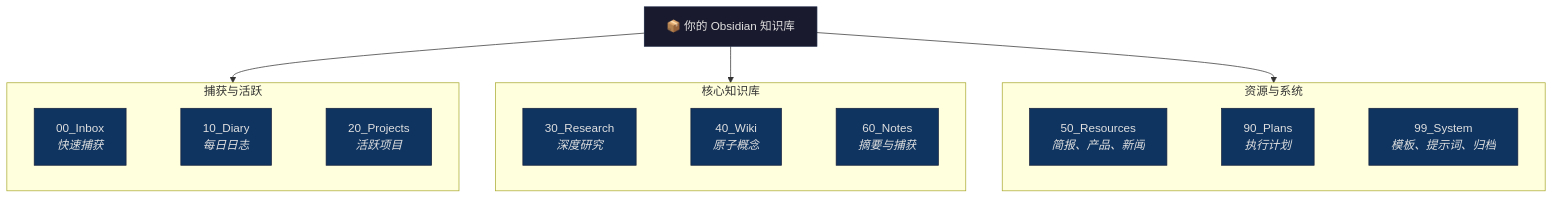
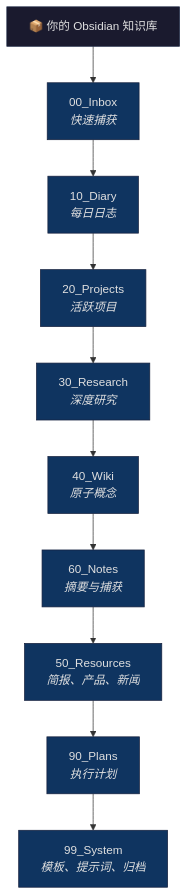
The second of 8 diagrams in README_CN.md (dull-bird/DeepOrbit), drawn with Mermaid before and after one commit. The commit also changed 1 other file, not shown here.

````diff
--- a/README_CN.md
+++ b/README_CN.md
@@ -80,40 +80,24 @@
 ```mermaid
 flowchart TD
     V["📦 你的 Obsidian 知识库"]
-    
-    V --> G1
-    V --> G2
-    V --> G3
-
-    subgraph G1 ["捕获与活跃"]
-        node_A["00_Inbox<br/><i>快速捕获</i>"]
-        node_B["10_Diary<br/><i>每日日志</i>"]
-        node_C["20_Projects<br/><i>活跃项目</i>"]
-        node_A ~~~ node_B ~~~ node_C
-    end
-    
-    subgraph G2 ["核心知识库"]
-        node_D["30_Research<br/><i>深度研究</i>"]
-        node_E["40_Wiki<br/><i>原子概念</i>"]
-        node_G["60_Notes<br/><i>摘要与捕获</i>"]
-        node_D ~~~ node_E ~~~ node_G
-    end
-    
-    subgraph G3 ["资源与系统"]
-        node_F["50_Resources<br/><i>简报、产品、新闻</i>"]
-        node_H["90_Plans<br/><i>执行计划</i>"]
-        node_I["99_System<br/><i>模板、提示词、归档</i>"]
-        node_F ~~~ node_H ~~~ node_I
-    end
+    V --> A["00_Inbox<br/><i>快速捕获</i>"]
+    A --> B["10_Diary<br/><i>每日日志</i>"]
+    B --> C["20_Projects<br/><i>活跃项目</i>"]
+    C --> D["30_Research<br/><i>深度研究</i>"]
+    D --> E["40_Wiki<br/><i>原子概念</i>"]
+    E --> G["60_Notes<br/><i>摘要与捕获</i>"]
+    G --> F["50_Resources<br/><i>简报、产品、新闻</i>"]
+    F --> H["90_Plans<br/><i>执行计划</i>"]
+    H --> I["99_System<br/><i>模板、提示词、归档</i>"]
 
     style V fill:#1a1a2e,stroke:#16213e,color:#e0e0e0
-    style node_A fill:#0f3460,stroke:#16213e,color:#e0e0e0
-    style node_B fill:#0f3460,stroke:#16213e,color:#e0e0e0
-    style node_C fill:#0f3460,stroke:#16213e,color:#e0e0e0
-    style node_D fill:#0f3460,stroke:#16213e,color:#e0e0e0
-    style node_E fill:#0f3460,stroke:#16213e,color:#e0e0e0
-    style node_F fill:#0f3460,stroke:#16213e,color:#e0e0e0
-    style node_G fill:#0f3460,stroke:#16213e,color:#e0e0e0
-    style node_H fill:#0f3460,stroke:#16213e,color:#e0e0e0
-    style node_I fill:#0f3460,stroke:#16213e,color:#e0e0e0
+    style A fill:#0f3460,stroke:#16213e,color:#e0e0e0
+    style B fill:#0f3460,stroke:#16213e,color:#e0e0e0
+    style C fill:#0f3460,stroke:#16213e,color:#e0e0e0
+    style D fill:#0f3460,stroke:#16213e,color:#e0e0e0
+    style E fill:#0f3460,stroke:#16213e,color:#e0e0e0
+    style F fill:#0f3460,stroke:#16213e,color:#e0e0e0
+    style G fill:#0f3460,stroke:#16213e,color:#e0e0e0
+    style H fill:#0f3460,stroke:#16213e,color:#e0e0e0
+    style I fill:#0f3460,stroke:#16213e,color:#e0e0e0
 ```
````
